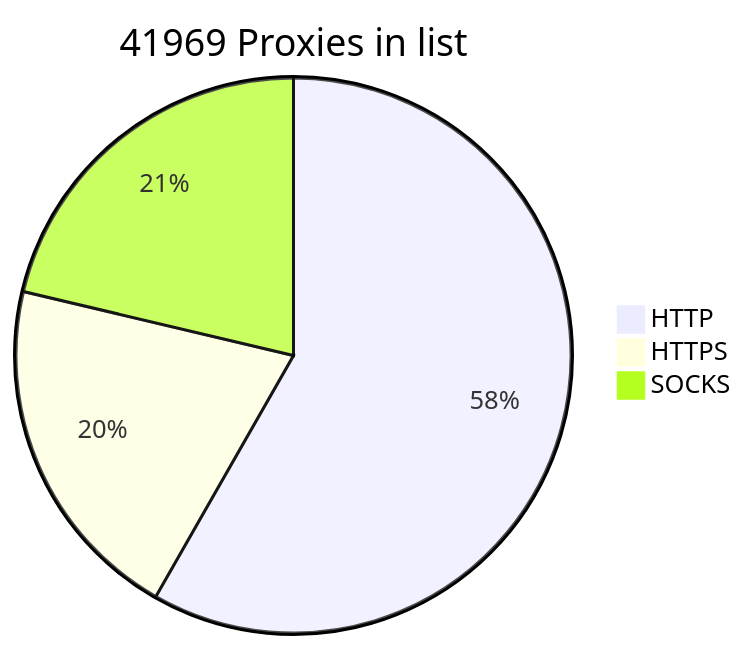
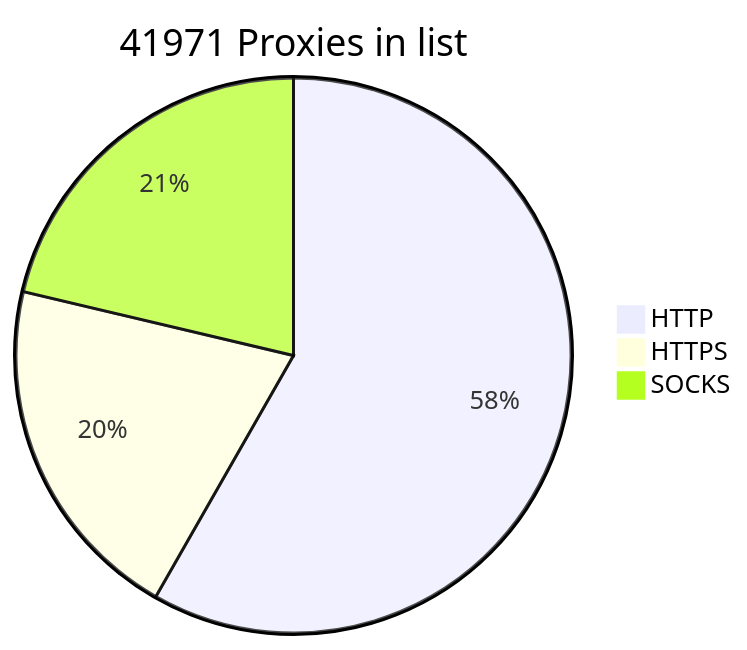
The diagram in README.md (BlackSnowDot/proxylist-update-every-minute), drawn with Mermaid before and after one commit.

````diff
--- a/README.md
+++ b/README.md
@@ -2,6 +2,6 @@
 ```mermaid
-pie title 41969 Proxies in list
+pie title 41971 Proxies in list
     "HTTP" : 28309
     "HTTPS": 9933
-    "SOCKS" : 10349
+    "SOCKS" : 10351
 ```
````
